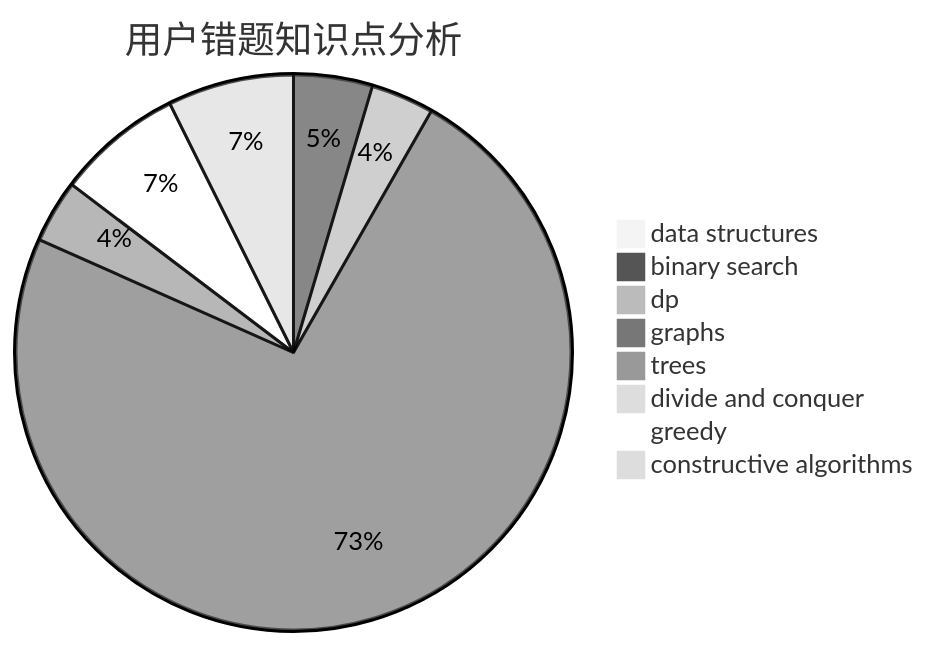
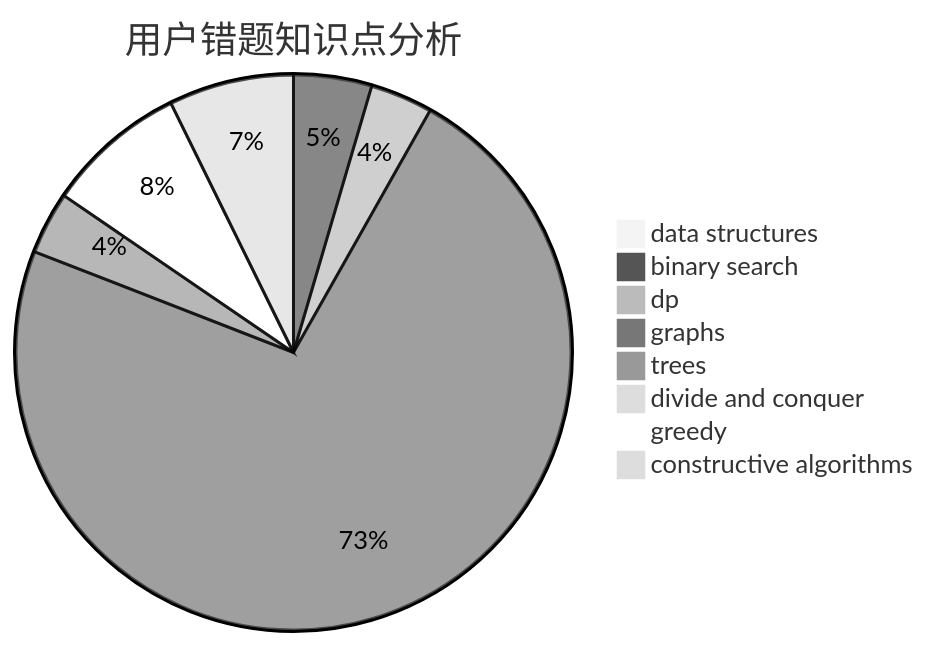
Before and after one commit to sherpahu/cfrs.github.io: the third of 3 diagrams in docs/user/u1229.md, drawn with Mermaid (neutral theme). The commit also changed other lines of this file and 2770 other files, not shown here.

````diff
--- a/docs/user/u1229.md
+++ b/docs/user/u1229.md
@@ -36,11 +36,11 @@
 ```mermaid
 pie title 用户错题知识点分析
     "data structures" :  0
     "binary search" :  5
     "dp" :  4
     "graphs" :  80
     "trees" :  4
     "divide and conquer" :  0
-    "greedy" :  8
+    "greedy" :  9
     "constructive algorithms" :  8
 ```
````
